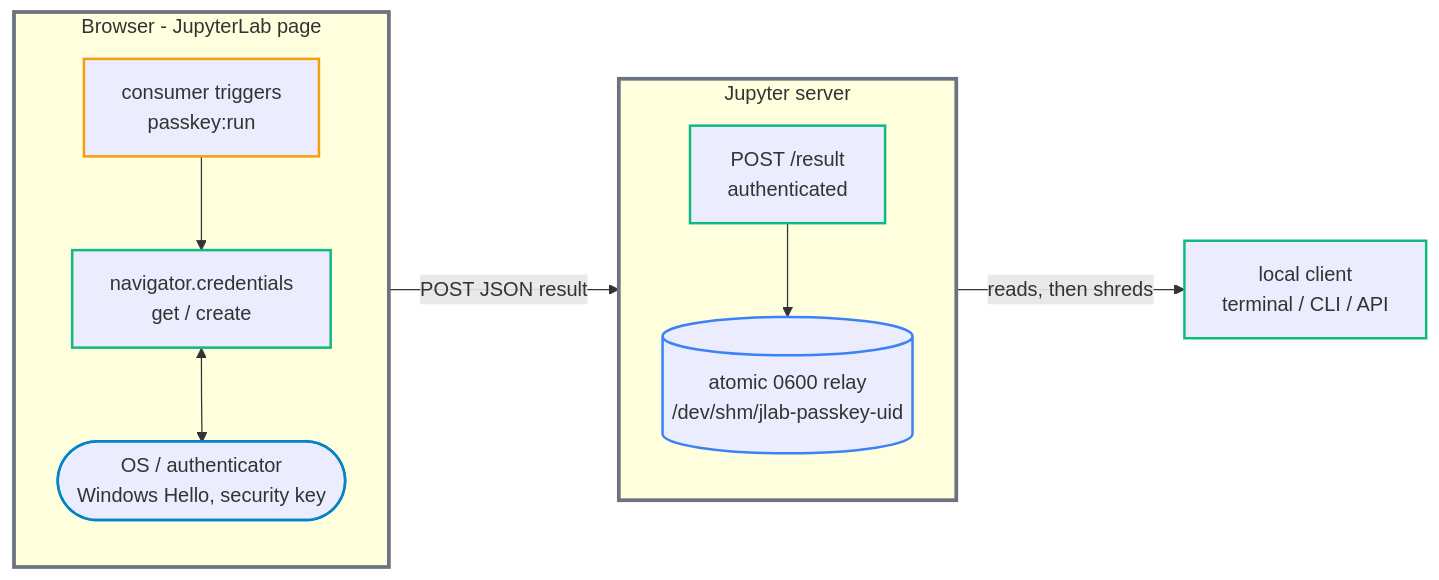
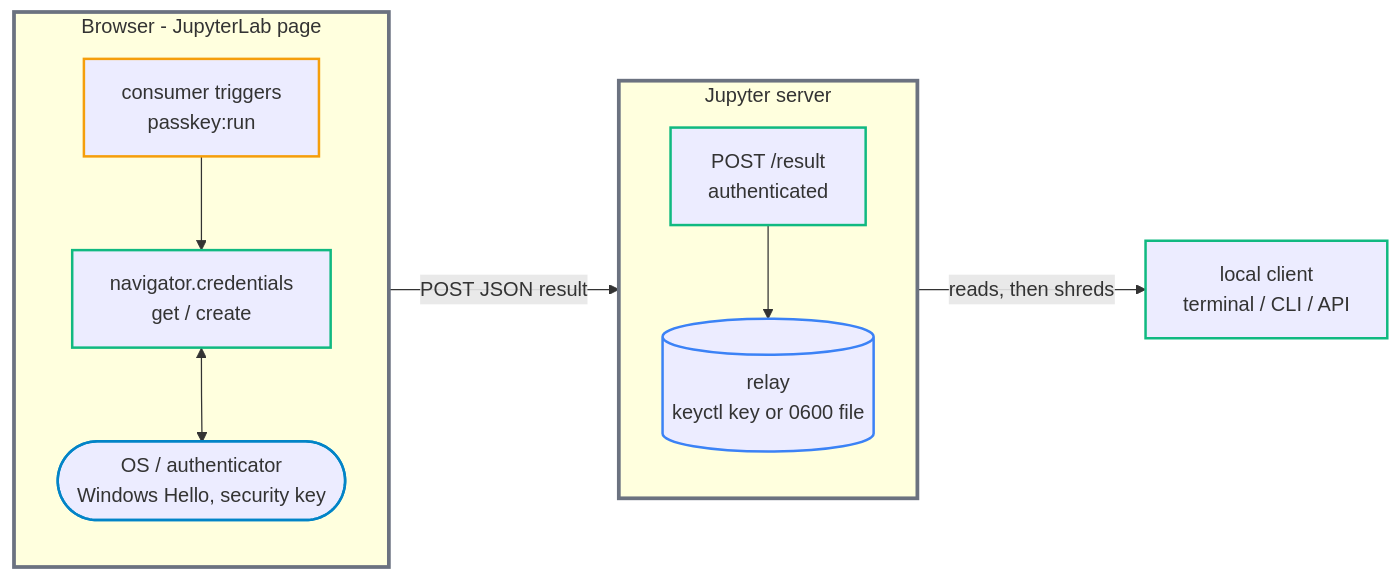
One commit to stellarshenson/jupyterlab_passkey_extension changed the first of 2 diagrams in README.md. Above: the diagram before and after it, drawn with Mermaid. The commit also changed other lines of this file and 14 other files, not shown here.

````diff
--- a/README.md
+++ b/README.md
@@ -41,29 +41,29 @@
 ```mermaid
 flowchart LR
     subgraph BROWSER["Browser - JupyterLab page"]
         direction TB
         TRIG["consumer triggers<br/>passkey:run"]
         CER["navigator.credentials<br/>get / create"]
         OS(["OS / authenticator<br/>Windows Hello, security key"])
         TRIG --> CER
         CER <--> OS
     end
     subgraph SERVER["Jupyter server"]
         direction TB
         EP["POST /result<br/>authenticated"]
-        RELAY[("atomic 0600 relay<br/>/dev/shm/jlab-passkey-uid")]
+        RELAY[("relay<br/>keyctl key or 0600 file")]
         EP --> RELAY
     end
     LOCAL["local client<br/>terminal / CLI / API"]
     CER -->|"POST JSON result"| EP
     RELAY -->|"reads, then shreds"| LOCAL
 
     style BROWSER stroke:#6b7280,stroke-width:3px
     style SERVER stroke:#6b7280,stroke-width:3px
     style TRIG stroke:#f59e0b,stroke-width:2px
     style CER stroke:#10b981,stroke-width:2px
     style OS stroke:#0284c7,stroke-width:2px
     style EP stroke:#10b981,stroke-width:2px
     style RELAY stroke:#3b82f6,stroke-width:2px
     style LOCAL stroke:#10b981,stroke-width:2px
 ```
````
